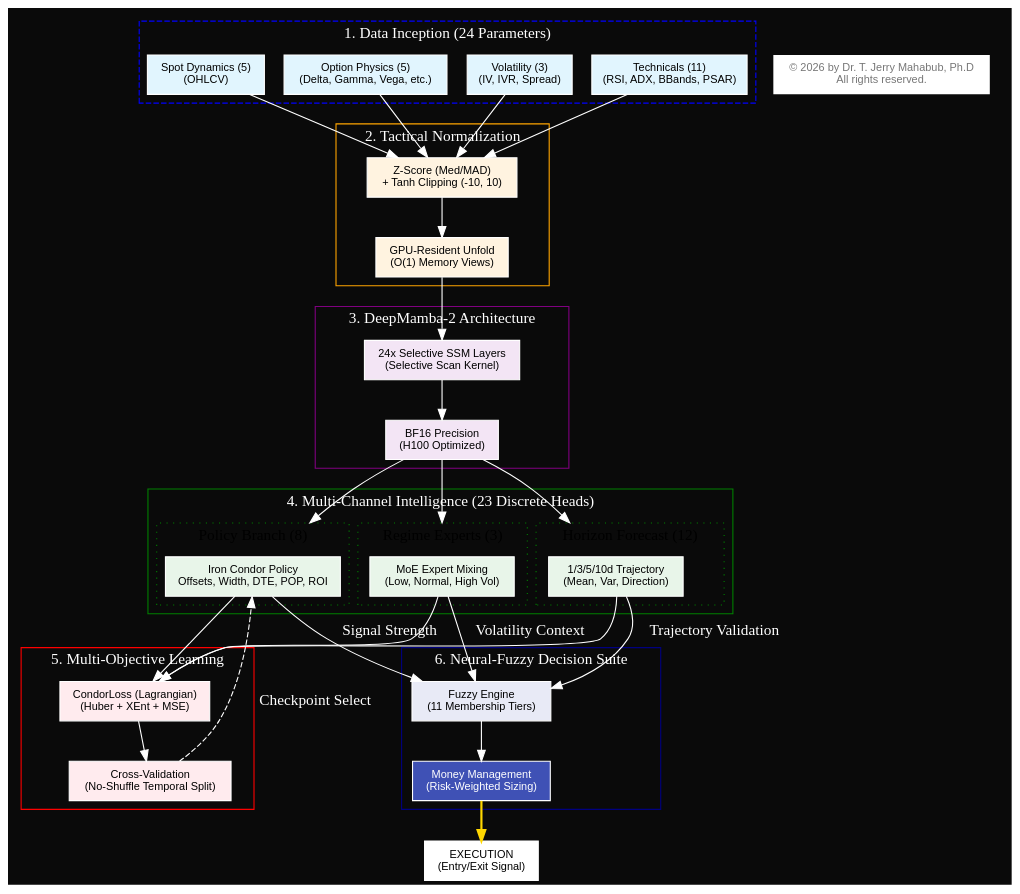
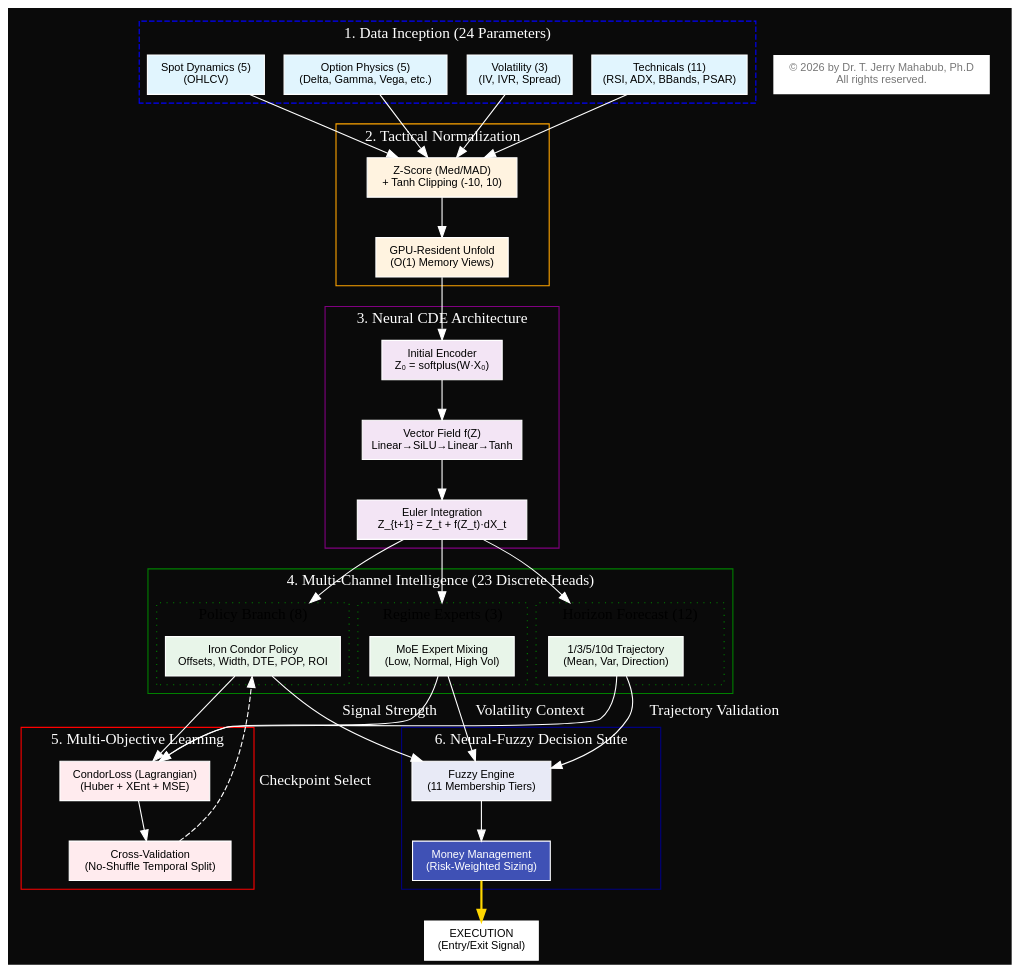
Before and after one commit to trextrader/spy-iron-condor-trading: the diagram in docs/architecture/condor_intelligence_flow.dot, drawn with Graphviz. The commit also changed 49 other files, not shown here.

Commit message:
docs: Comprehensive migration to Neural CDE across all specifications and diagrams

```diff
--- a/docs/architecture/condor_intelligence_flow.dot
+++ b/docs/architecture/condor_intelligence_flow.dot
@@ -1,115 +1,117 @@
 digraph CondorIntelligence {
     rankdir=TB;
     bgcolor="#0a0a0a";
     node [shape=box, style=filled, fontname="Helvetica", fontsize=10, color="white", fontcolor="black"];
     edge [color="white", fontcolor="white"];
     compound=true;
     fontcolor="white";
 
     subgraph cluster_input {
         label = "1. Data Inception (24 Parameters)";
         fontcolor="white";
         style = dashed;
         color = blue;
         input_spot [label="Spot Dynamics (5)\n(OHLCV)", fillcolor="#e1f5fe"];
         input_greeks [label="Option Physics (5)\n(Delta, Gamma, Vega, etc.)", fillcolor="#e1f5fe"];
         input_vol [label="Volatility (3)\n(IV, IVR, Spread)", fillcolor="#e1f5fe"];
         input_tech [label="Technicals (11)\n(RSI, ADX, BBands, PSAR)", fillcolor="#e1f5fe"];
     }
 
     subgraph cluster_preprocess {
         label = "2. Tactical Normalization";
         fontcolor="white";
         color = orange;
         norm [label="Z-Score (Med/MAD)\n+ Tanh Clipping (-10, 10)", fillcolor="#fff3e0"];
         gpu_unfold [label="GPU-Resident Unfold\n(O(1) Memory Views)", fillcolor="#fff3e0"];
     }
 
     subgraph cluster_backbone {
-        label = "3. DeepMamba-2 Architecture";
+        label = "3. Neural CDE Architecture";
         fontcolor="white";
         color = purple;
-        mamba_layers [label="24x Selective SSM Layers\n(Selective Scan Kernel)", fillcolor="#f3e5f5"];
-        bf16 [label="BF16 Precision\n(H100 Optimized)", fillcolor="#f3e5f5"];
+        cde_encoder [label="Initial Encoder\nZ₀ = softplus(W·X₀)", fillcolor="#f3e5f5"];
+        cde_vecfield [label="Vector Field f(Z)\nLinear→SiLU→Linear→Tanh", fillcolor="#f3e5f5"];
+        cde_euler [label="Euler Integration\nZ_{t+1} = Z_t + f(Z_t)·dX_t", fillcolor="#f3e5f5"];
     }
 
     subgraph cluster_heads {
         label = "4. Multi-Channel Intelligence (23 Discrete Heads)";
         fontcolor="white";
         color = green;
         
         subgraph cluster_policy {
             label = "Policy Branch (8)";
             fontcolor="black";
             style = dotted;
             head_ic [label="Iron Condor Policy\nOffsets, Width, DTE, POP, ROI", fillcolor="#e8f5e9"];
         }
         
         subgraph cluster_regime {
             label = "Regime Experts (3)";
             fontcolor="black";
             style = dotted;
             head_moe [label="MoE Expert Mixing\n(Low, Normal, High Vol)", fillcolor="#e8f5e9"];
         }
         
         subgraph cluster_horizon {
             label = "Horizon Forecast (12)";
             fontcolor="black";
             style = dotted;
             head_price [label="1/3/5/10d Trajectory\n(Mean, Var, Direction)", fillcolor="#e8f5e9"];
         }
     }
 
     subgraph cluster_training {
         label = "5. Multi-Objective Learning";
         fontcolor="white";
         color = red;
         loss [label="CondorLoss (Lagrangian)\n(Huber + XEnt + MSE)", fillcolor="#ffebee"];
         val [label="Cross-Validation\n(No-Shuffle Temporal Split)", fillcolor="#ffebee"];
     }
 
     subgraph cluster_logic {
         label = "6. Neural-Fuzzy Decision Suite";
         fontcolor="white";
         color = navy;
         fuzzy [label="Fuzzy Engine\n(11 Membership Tiers)", fillcolor="#e8eaf6", fontcolor=black];
         money [label="Money Management\n(Risk-Weighted Sizing)", fillcolor="#3f51b5", fontcolor=white];
     }
 
     // Connections
     input_spot -> norm;
     input_greeks -> norm;
     input_vol -> norm;
     input_tech -> norm;
     
     norm -> gpu_unfold;
-    gpu_unfold -> mamba_layers;
-    mamba_layers -> bf16;
-    
-    bf16 -> head_ic [lhead=cluster_policy];
-    bf16 -> head_moe [lhead=cluster_regime];
-    bf16 -> head_price [lhead=cluster_horizon];
+    gpu_unfold -> cde_encoder;
+    cde_encoder -> cde_vecfield;
+    cde_vecfield -> cde_euler;
+
+    cde_euler -> head_ic [lhead=cluster_policy];
+    cde_euler -> head_moe [lhead=cluster_regime];
+    cde_euler -> head_price [lhead=cluster_horizon];
     
     head_ic -> loss;
     head_moe -> loss;
     head_price -> loss;
     
     loss -> val;
     val -> head_ic [label="Checkpoint Select", style=dashed];
     
     head_ic -> fuzzy [label="Signal Strength"];
     head_moe -> fuzzy [label="Volatility Context"];
     head_price -> fuzzy [label="Trajectory Validation"];
     
     fuzzy -> money;
     money -> "EXECUTION\n(Entry/Exit Signal)" [color=gold, penwidth=2];
 
     // Copyright Notice
     subgraph cluster_copyright {
         style=invis;
         rank=sink;
         node [shape=plaintext, fontsize=10, fontcolor="#777777", fontname="Helvetica"];
         copyright_note [label="© 2026 by Dr. T. Jerry Mahabub, Ph.D\nAll rights reserved."];
     }
 
 }
```
